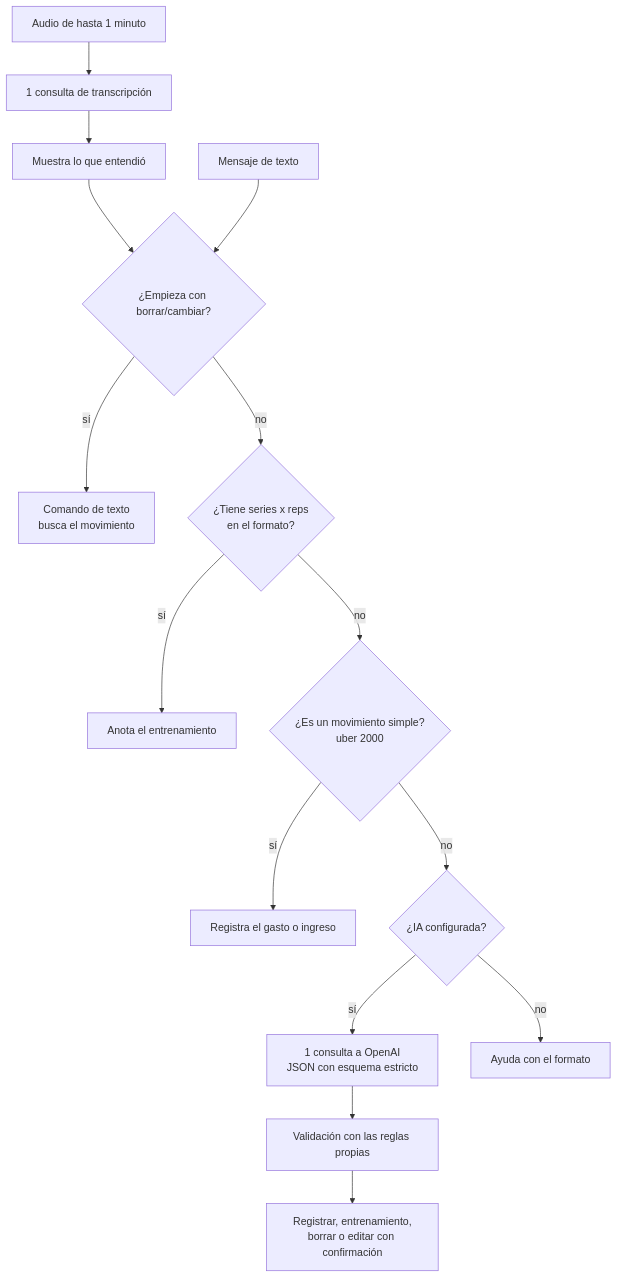
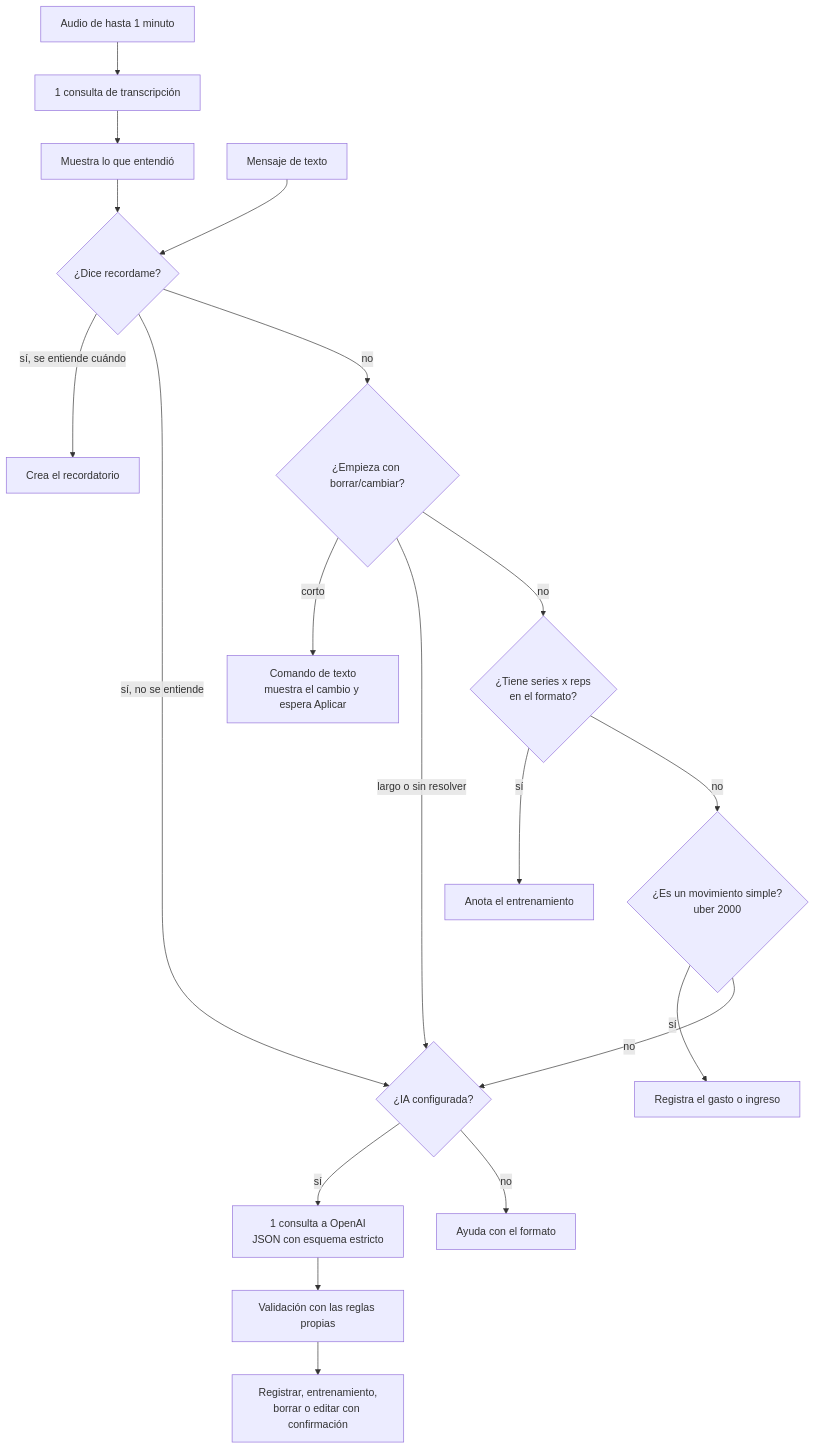
One commit to leocaimmi/Bot-Assistant- changed the second of 4 diagrams in docs/ARCHITECTURE.md. Above: the diagram before and after it, drawn with Mermaid. The commit also changed other lines of this file and 1 other file, not shown here.

````diff
--- a/docs/ARCHITECTURE.md
+++ b/docs/ARCHITECTURE.md
@@ -85,17 +91,21 @@
 ```mermaid
 flowchart TD
     VZ[Audio de hasta 1 minuto] --> T[1 consulta de transcripción]
     T --> SH[Muestra lo que entendió]
-    SH --> C
-    M[Mensaje de texto] --> C{"¿Empieza con borrar/cambiar?"}
-    C -->|sí| TC[Comando de texto<br/>busca el movimiento]
+    SH --> RM
+    M[Mensaje de texto] --> RM{"¿Dice recordame?"}
+    RM -->|sí, se entiende cuándo| REM[Crea el recordatorio]
+    RM -->|sí, no se entiende| AI
+    RM -->|no| C{"¿Empieza con borrar/cambiar?"}
+    C -->|corto| TC[Comando de texto<br/>muestra el cambio y espera Aplicar]
+    C -->|largo o sin resolver| AI
     C -->|no| W{"¿Tiene series x reps<br/>en el formato?"}
     W -->|sí| G[Anota el entrenamiento]
     W -->|no| S{"¿Es un movimiento simple?<br/>uber 2000"}
     S -->|sí| F[Registra el gasto o ingreso]
     S -->|no| AI{"¿IA configurada?"}
     AI -->|sí| O[1 consulta a OpenAI<br/>JSON con esquema estricto]
     O --> V[Validación con las reglas propias]
     V --> ACT[Registrar, entrenamiento,<br/>borrar o editar con confirmación]
     AI -->|no| H[Ayuda con el formato]
 ```
````
